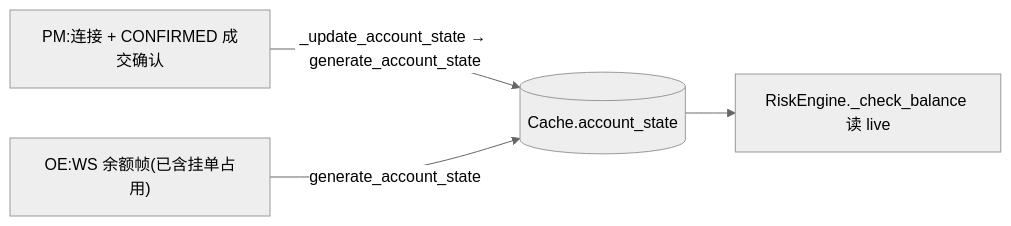
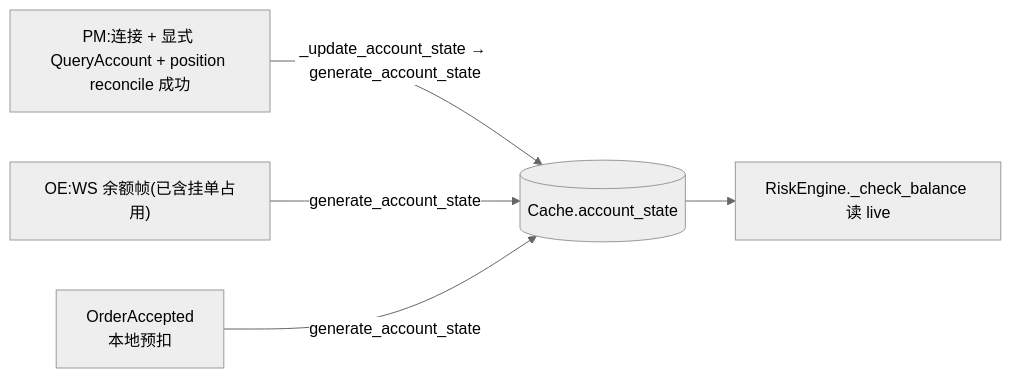
Before and after one commit to psnewer/nautilus_trader: the third of 5 diagrams in docs/arbitrage/architectures/execution/architecture.md, drawn with Mermaid (neutral theme). The commit also changed other lines of this file and 14 other files, not shown here.

````diff
--- a/docs/arbitrage/architectures/execution/architecture.md
+++ b/docs/arbitrage/architectures/execution/architecture.md
@@ -58,6 +58,7 @@
 ```mermaid
 flowchart LR
-  PMev["PM:连接 + CONFIRMED 成交确认"] -->|_update_account_state → generate_account_state| C[(Cache.account_state)]
+  PMev["PM:连接 + 显式 QueryAccount + position reconcile 成功"] -->|_update_account_state → generate_account_state| C[(Cache.account_state)]
   OEws["OE:WS 余额帧(已含挂单占用)"] -->|generate_account_state| C
+  ACCEPT["OrderAccepted<br/>本地预扣"] -->|generate_account_state| C
   C --> RISK["RiskEngine._check_balance 读 live"]
 ```
````
